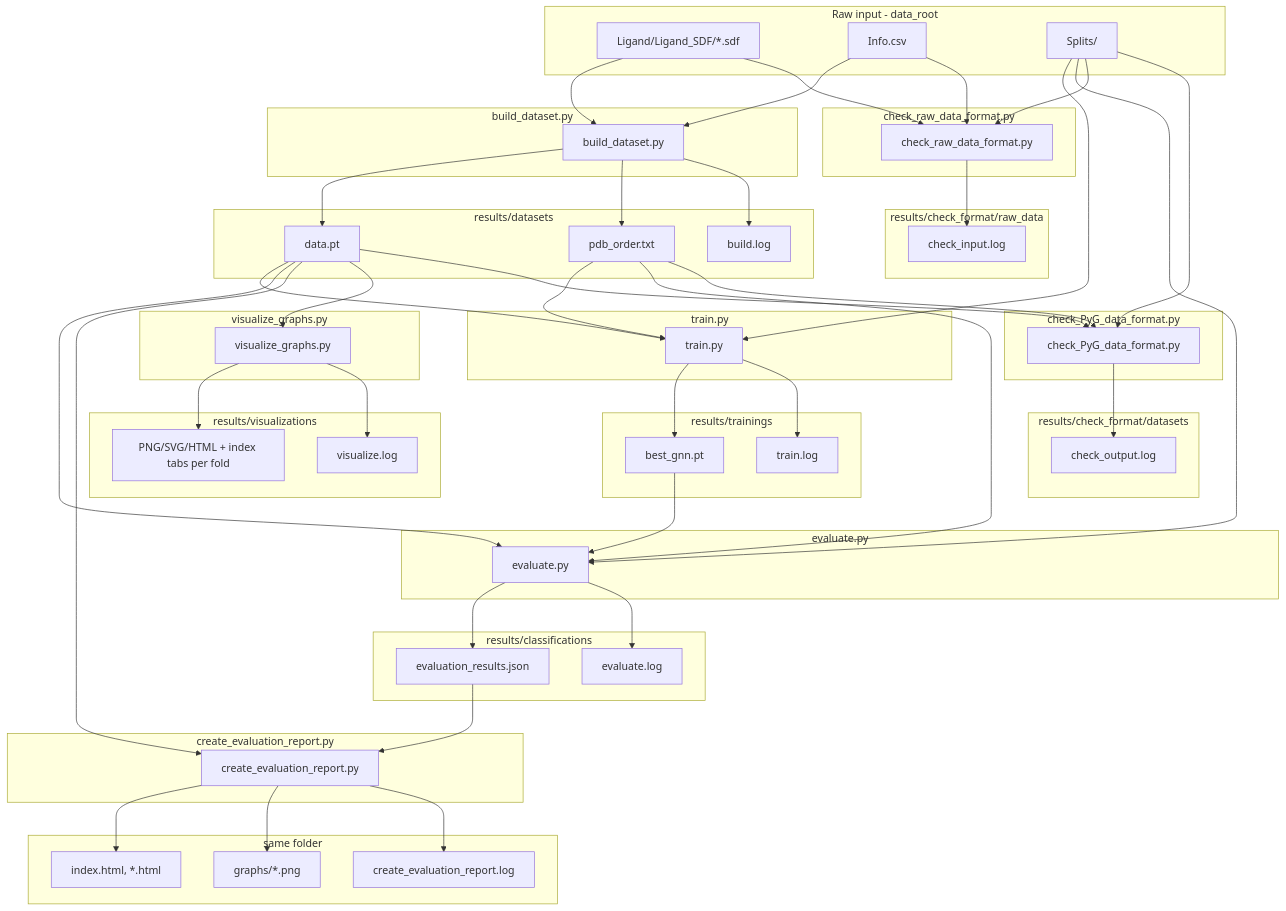
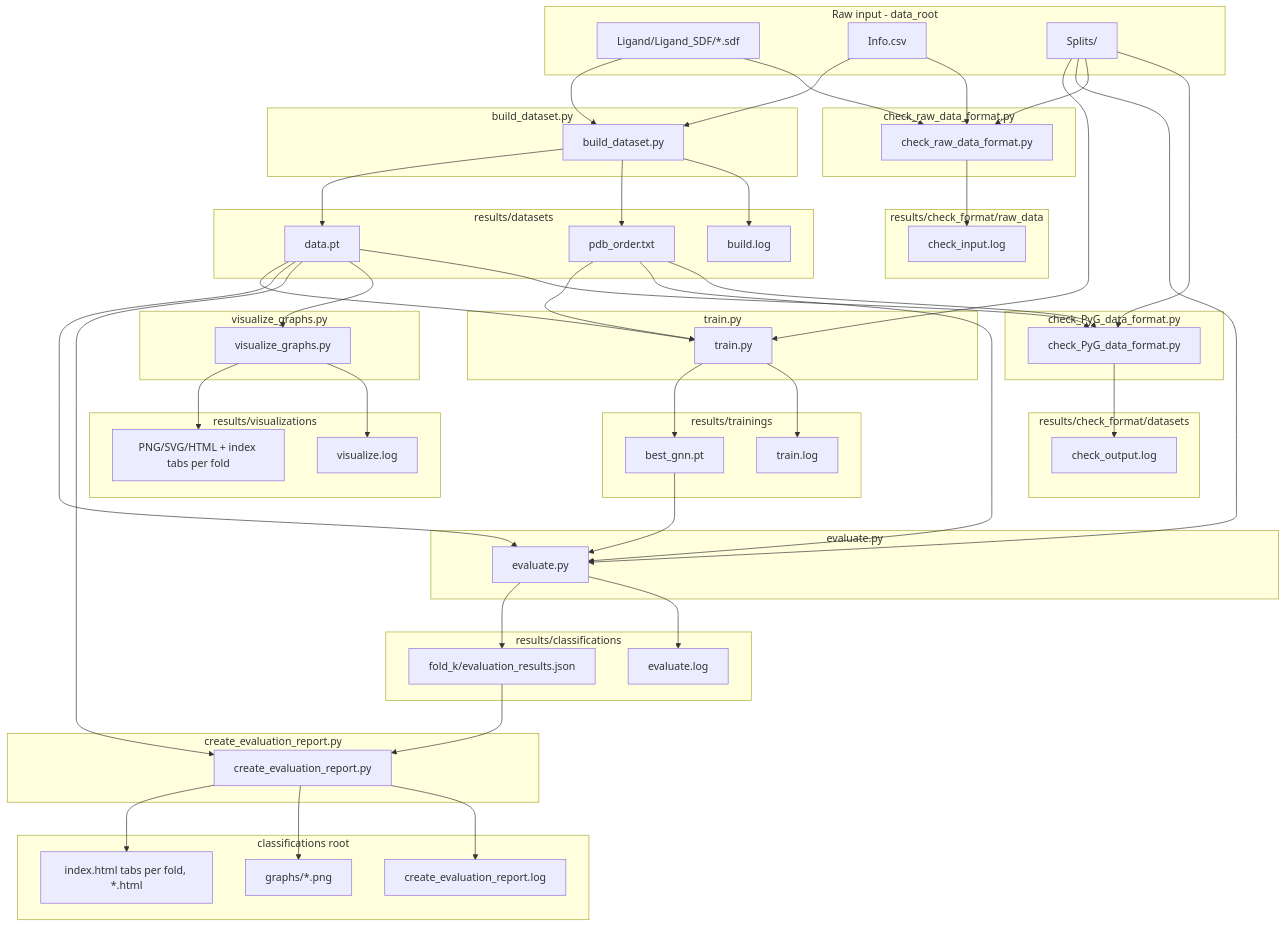
The first of 2 diagrams in mprov3_gine/README.md (mananoreboton/mrpov3_gine_explainers), drawn with Mermaid before and after one commit. The commit also changed other lines of this file and 2 other files, not shown here.

First line of the commit message:
Enhance evaluation report generation to support multiple folds

```diff
--- a/mprov3_gine/README.md
+++ b/mprov3_gine/README.md
@@ -44,7 +44,7 @@
     end
 
     subgraph out_classifications [results/classifications]
-        EvalJSON[evaluation_results.json]
+        EvalJSON[fold_k/evaluation_results.json]
         EvalLog[evaluate.log]
     end
 
@@ -52,8 +52,8 @@
         ReportCLI[create_evaluation_report.py]
     end
 
-    subgraph out_report [same folder]
-        ReportHTML[index.html, *.html]
+    subgraph out_report [classifications root]
+        ReportHTML[index.html tabs per fold, *.html]
         ReportGraphs[graphs/*.png]
         ReportLog[create_evaluation_report.log]
     end
```
